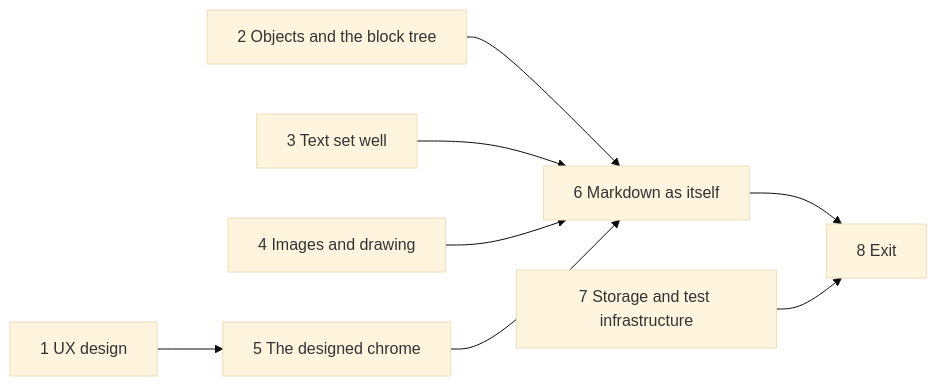
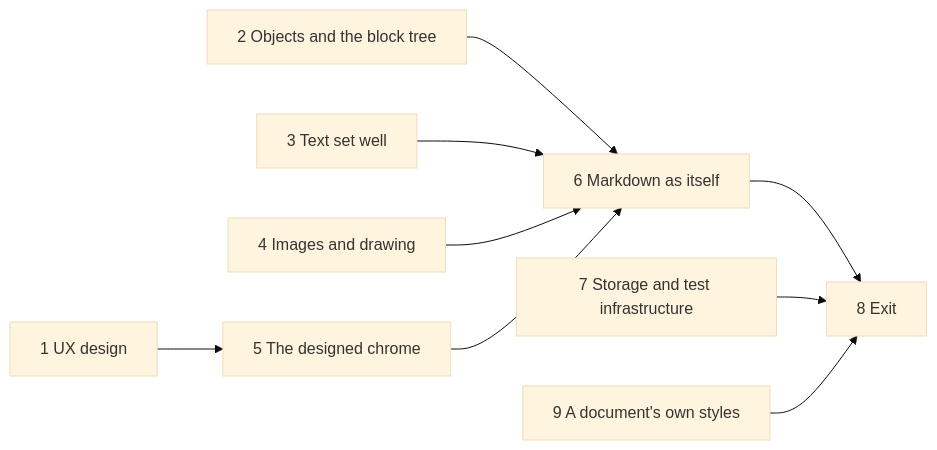
The second of 2 diagrams in docs/ROADMAP.md (gschjetne/xworks), drawn with Mermaid (base theme) before and after one commit. The commit also changed other lines of this file and 1 other file, not shown here.

First line of the commit message:
docs: documents carry their own styles; the ruler and caret, from live use

````diff
--- a/docs/ROADMAP.md
+++ b/docs/ROADMAP.md
@@ -364,16 +364,17 @@
 ```mermaid
 flowchart LR
   s1["1 UX design"]
   s2["2 Objects and the block tree"]
   s3["3 Text set well"]
   s4["4 Images and drawing"]
   s5["5 The designed chrome"]
   s6["6 Markdown as itself"]
   s7["7 Storage and test infrastructure"]
+  s9["9 A document's own styles"]
   s8["8 Exit"]
 
   s1 --> s5
   s2 --> s6
   s3 & s4 & s5 --> s6
-  s6 & s7 --> s8
+  s6 & s7 & s9 --> s8
 ```
````
